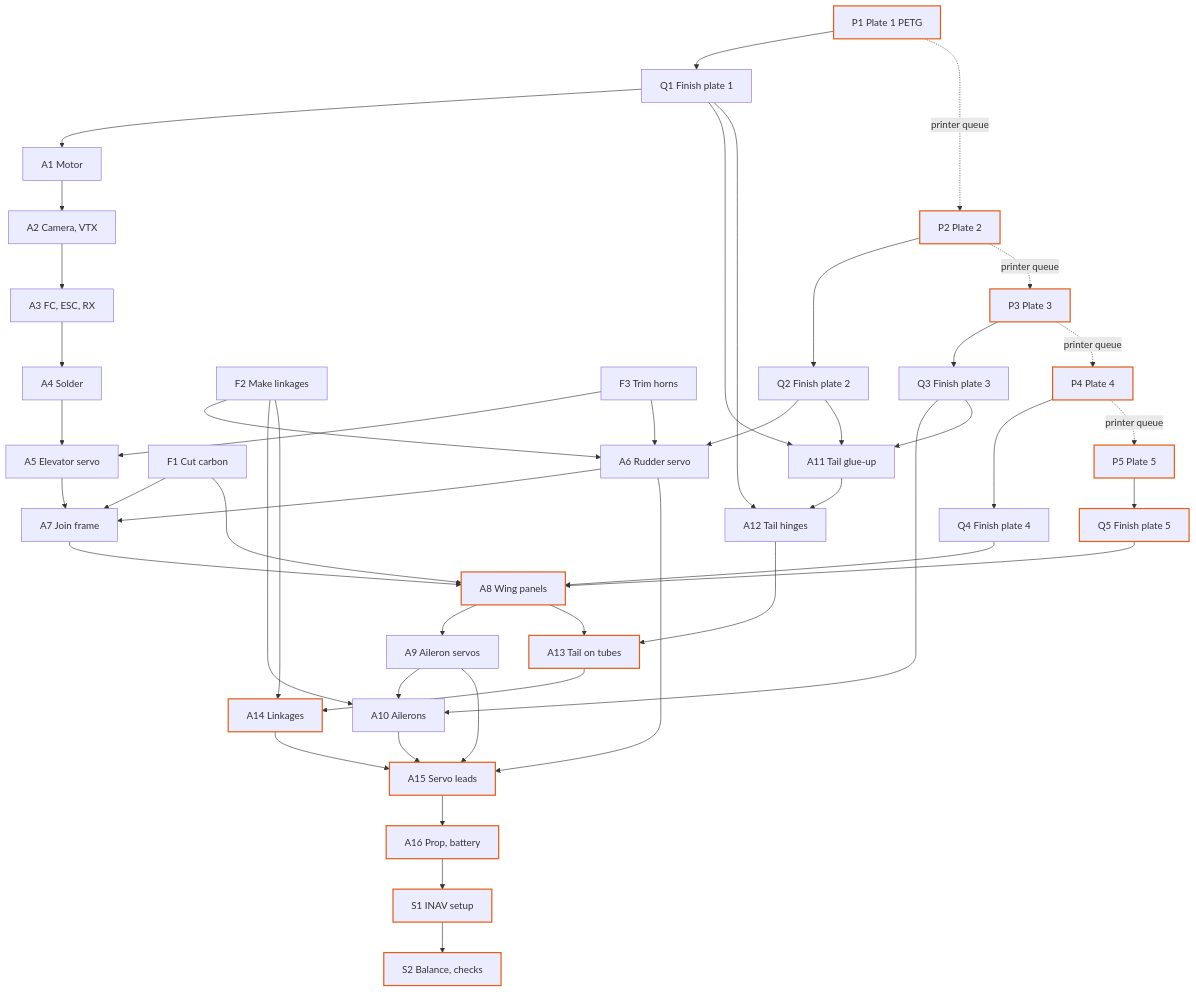
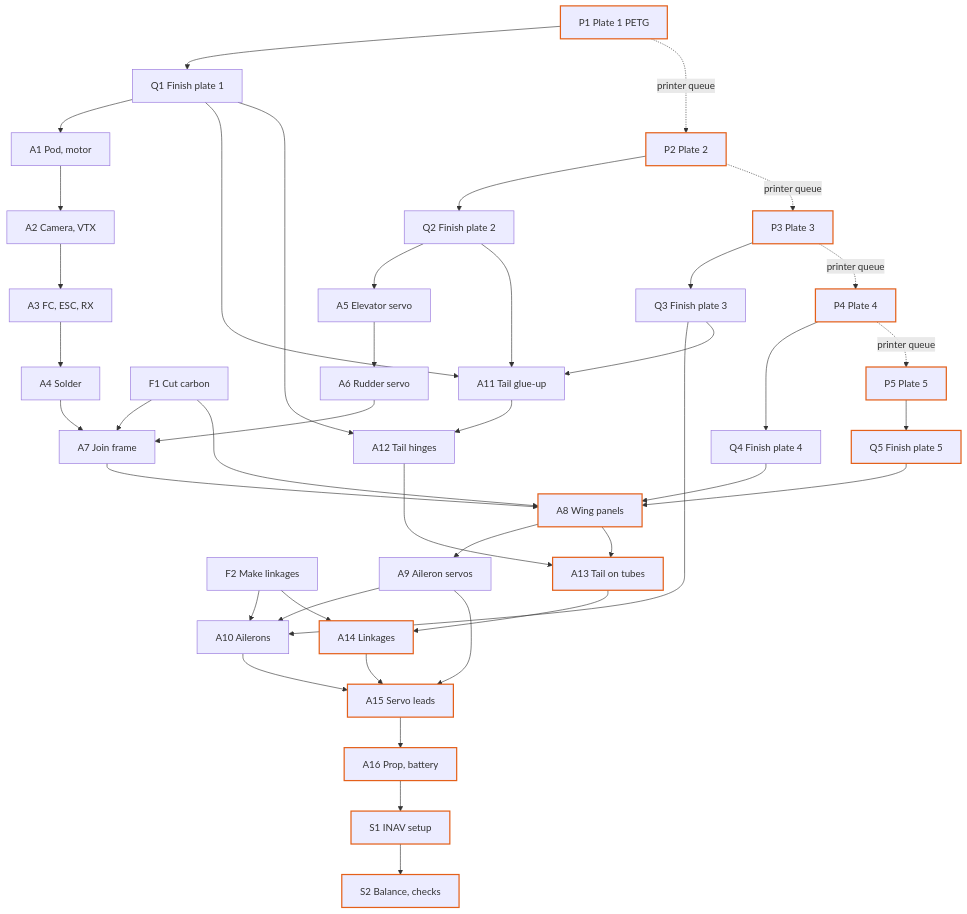
The diagram in airframe/BOP.md (henriharmaala1-source/Assembly-grapher), drawn with Mermaid before and after one commit. The commit also changed other lines of this file and 45 other files, not shown here.

````diff
--- a/airframe/BOP.md
+++ b/airframe/BOP.md
@@ -19,81 +19,76 @@
 ```mermaid
 flowchart TB
   P1["P1 Plate 1 PETG"]
   P2["P2 Plate 2"]
   P3["P3 Plate 3"]
   P4["P4 Plate 4"]
   P5["P5 Plate 5"]
   F1["F1 Cut carbon"]
   F2["F2 Make linkages"]
-  F3["F3 Trim horns"]
   Q1["Q1 Finish plate 1"]
   Q2["Q2 Finish plate 2"]
   Q3["Q3 Finish plate 3"]
   Q4["Q4 Finish plate 4"]
   Q5["Q5 Finish plate 5"]
-  A1["A1 Motor"]
+  A1["A1 Pod, motor"]
   A2["A2 Camera, VTX"]
   A3["A3 FC, ESC, RX"]
   A4["A4 Solder"]
   A5["A5 Elevator servo"]
   A6["A6 Rudder servo"]
   A7["A7 Join frame"]
   A8["A8 Wing panels"]
   A9["A9 Aileron servos"]
   A10["A10 Ailerons"]
   A11["A11 Tail glue-up"]
   A12["A12 Tail hinges"]
   A13["A13 Tail on tubes"]
   A14["A14 Linkages"]
   A15["A15 Servo leads"]
   A16["A16 Prop, battery"]
   S1["S1 INAV setup"]
   S2["S2 Balance, checks"]
   P1 --> Q1
   P2 --> Q2
   P3 --> Q3
   P4 --> Q4
   P5 --> Q5
   Q1 --> A1
   A1 --> A2
   A2 --> A3
   A3 --> A4
-  A4 --> A5
-  F3 --> A5
-  Q2 --> A6
-  F2 --> A6
-  F3 --> A6
-  A5 --> A7
+  Q2 --> A5
+  A5 --> A6
+  A4 --> A7
   A6 --> A7
   F1 --> A7
   A7 --> A8
   Q4 --> A8
   Q5 --> A8
   F1 --> A8
   A8 --> A9
   A9 --> A10
   Q3 --> A10
   F2 --> A10
   Q1 --> A11
   Q2 --> A11
   Q3 --> A11
   A11 --> A12
   Q1 --> A12
   A12 --> A13
   A8 --> A13
   A13 --> A14
   F2 --> A14
   A14 --> A15
   A10 --> A15
   A9 --> A15
-  A6 --> A15
   A15 --> A16
   A16 --> S1
   S1 --> S2
   P1 -. printer queue .-> P2
   P2 -. printer queue .-> P3
   P3 -. printer queue .-> P4
   P4 -. printer queue .-> P5
   classDef crit stroke:#E4601A,stroke-width:2px
   class P1,P2,P3,P4,P5,Q5,A8,A13,A14,A15,A16,S1,S2 crit
 ```
````
